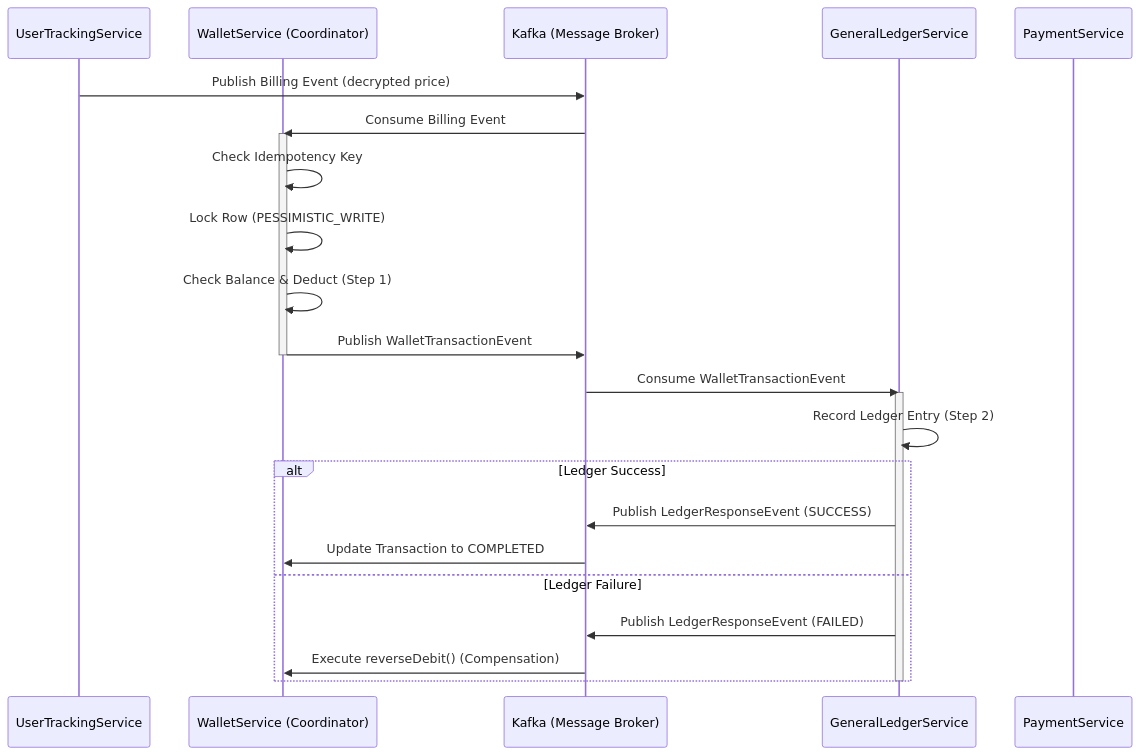
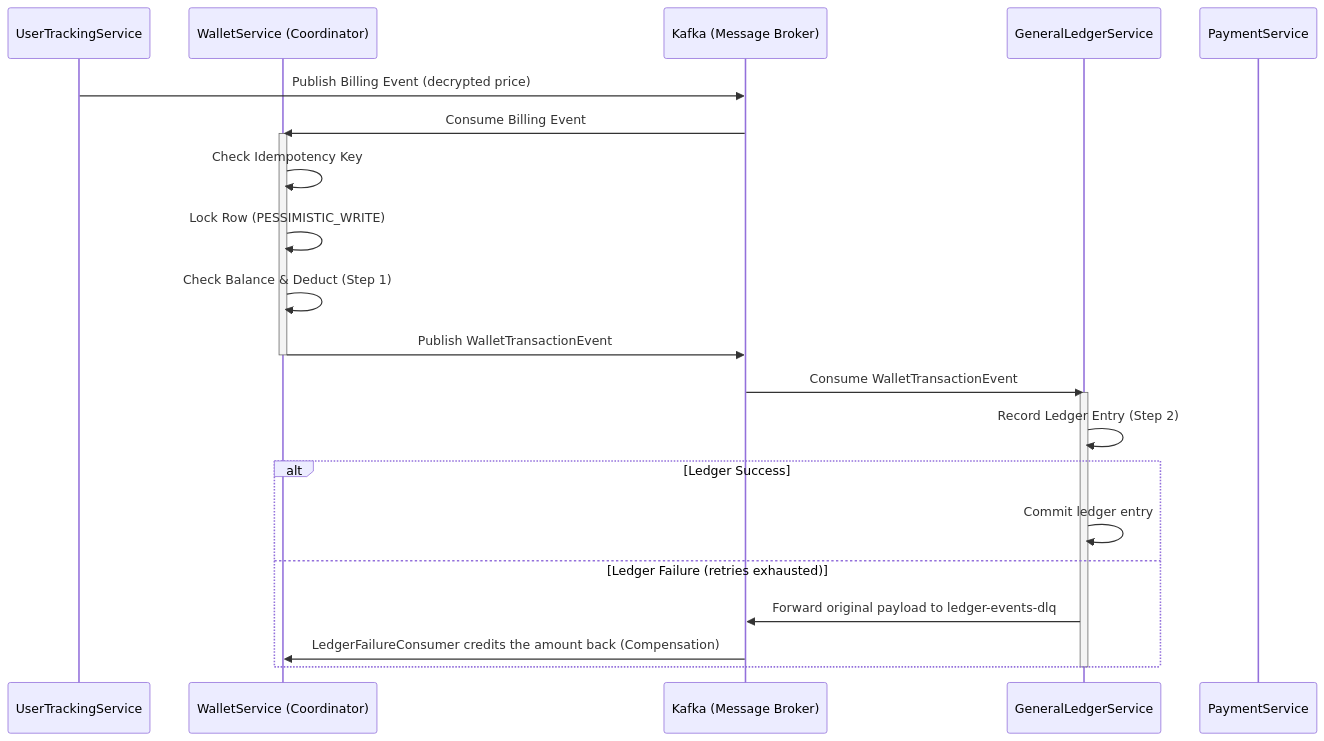
Before and after one commit to parthu-reddy/WalletService: the first of 2 diagrams in README.md, drawn with Mermaid. The commit also changed 34 other files, not shown here.

````diff
--- a/README.md
+++ b/README.md
@@ -28,30 +28,29 @@
 ```mermaid
 sequenceDiagram
     participant ETS as UserTrackingService
     participant WS as WalletService (Coordinator)
     participant Kafka as Kafka (Message Broker)
     participant LS as GeneralLedgerService
     participant PS as PaymentService
 
     ETS->>Kafka: Publish Billing Event (decrypted price)
     Kafka->>WS: Consume Billing Event
     activate WS
     WS->>WS: Check Idempotency Key
     WS->>WS: Lock Row (PESSIMISTIC_WRITE)
     WS->>WS: Check Balance & Deduct (Step 1)
     
     WS->>Kafka: Publish WalletTransactionEvent
     deactivate WS
 
     Kafka->>LS: Consume WalletTransactionEvent
     activate LS
     LS->>LS: Record Ledger Entry (Step 2)
     alt Ledger Success
-        LS->>Kafka: Publish LedgerResponseEvent (SUCCESS)
-        Kafka->>WS: Update Transaction to COMPLETED
-    else Ledger Failure
-        LS->>Kafka: Publish LedgerResponseEvent (FAILED)
-        Kafka->>WS: Execute reverseDebit() (Compensation)
+        LS->>LS: Commit ledger entry
+    else Ledger Failure (retries exhausted)
+        LS->>Kafka: Forward original payload to ledger-events-dlq
+        Kafka->>WS: LedgerFailureConsumer credits the amount back (Compensation)
     end
     deactivate LS
 ```
````
